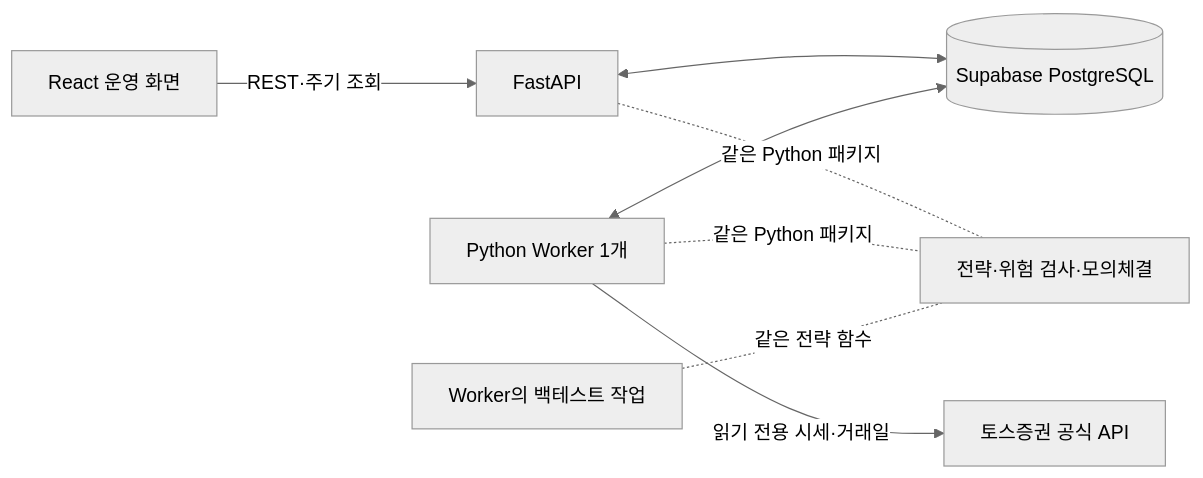
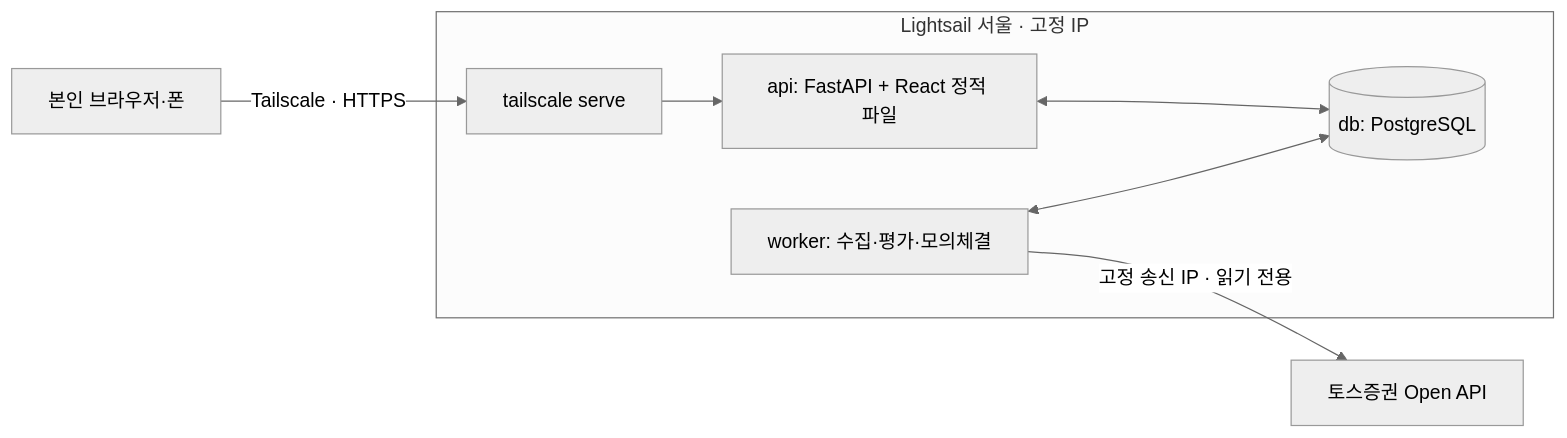
One commit to ottuck/trading-lab changed the diagram in docs/project.md. Above: the diagram before and after it, drawn with Mermaid (neutral theme). The commit also changed other lines of this file and 4 other files, not shown here.

````diff
--- a/docs/project.md
+++ b/docs/project.md
@@ -41,10 +43,10 @@
 ```mermaid
 flowchart LR
-    UI[React 운영 화면] -->|REST·주기 조회| API[FastAPI]
-    API <--> DB[(Supabase PostgreSQL)]
-    WORKER[Python Worker 1개] <--> DB
-    WORKER -->|읽기 전용 시세·거래일| TOSS[토스증권 공식 API]
-    API -. 같은 Python 패키지 .- CORE[전략·위험 검사·모의체결]
-    WORKER -. 같은 Python 패키지 .- CORE
-    BACKTEST[Worker의 백테스트 작업] -. 같은 전략 함수 .- CORE
+    ME[본인 브라우저·폰] -->|Tailscale · HTTPS| TS[tailscale serve]
+    subgraph VM[Lightsail 서울 · 고정 IP]
+        TS --> API[api: FastAPI + React 정적 파일]
+        API <--> DB[(db: PostgreSQL)]
+        WORKER[worker: 수집·평가·모의체결] <--> DB
+    end
+    WORKER -->|고정 송신 IP · 읽기 전용| TOSS[토스증권 Open API]
 ```
````
